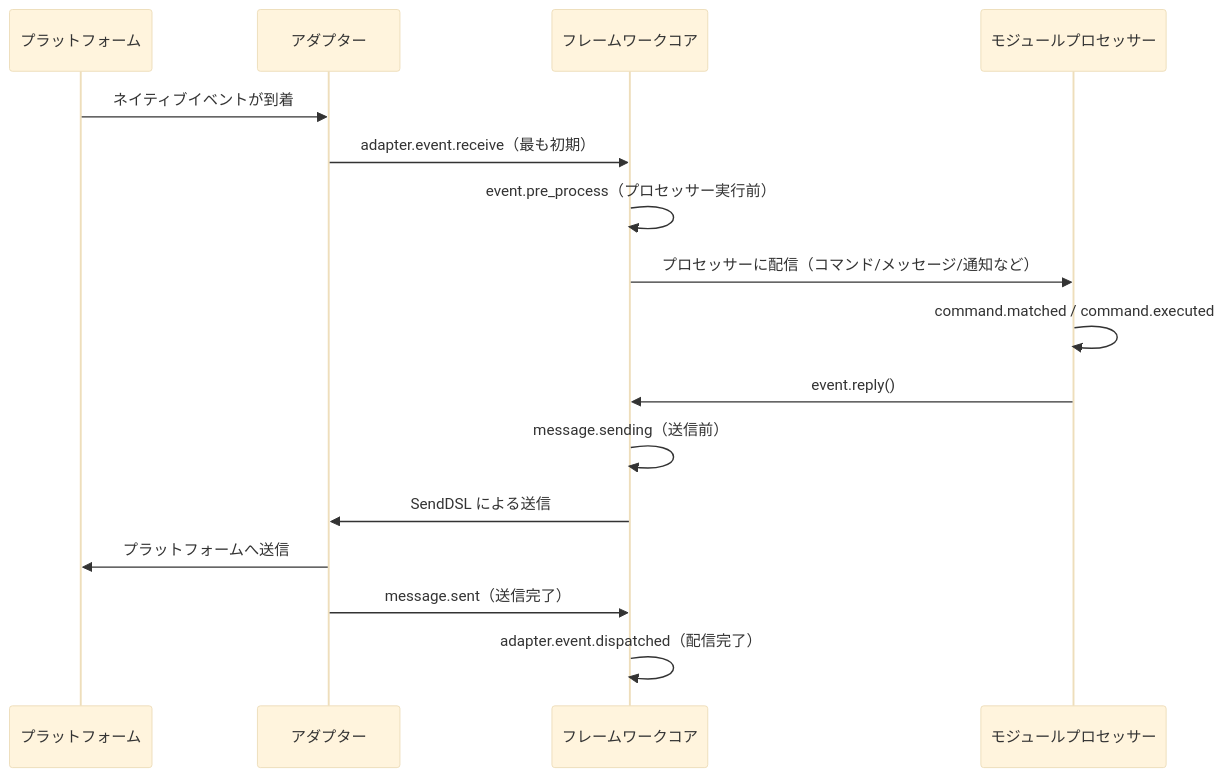
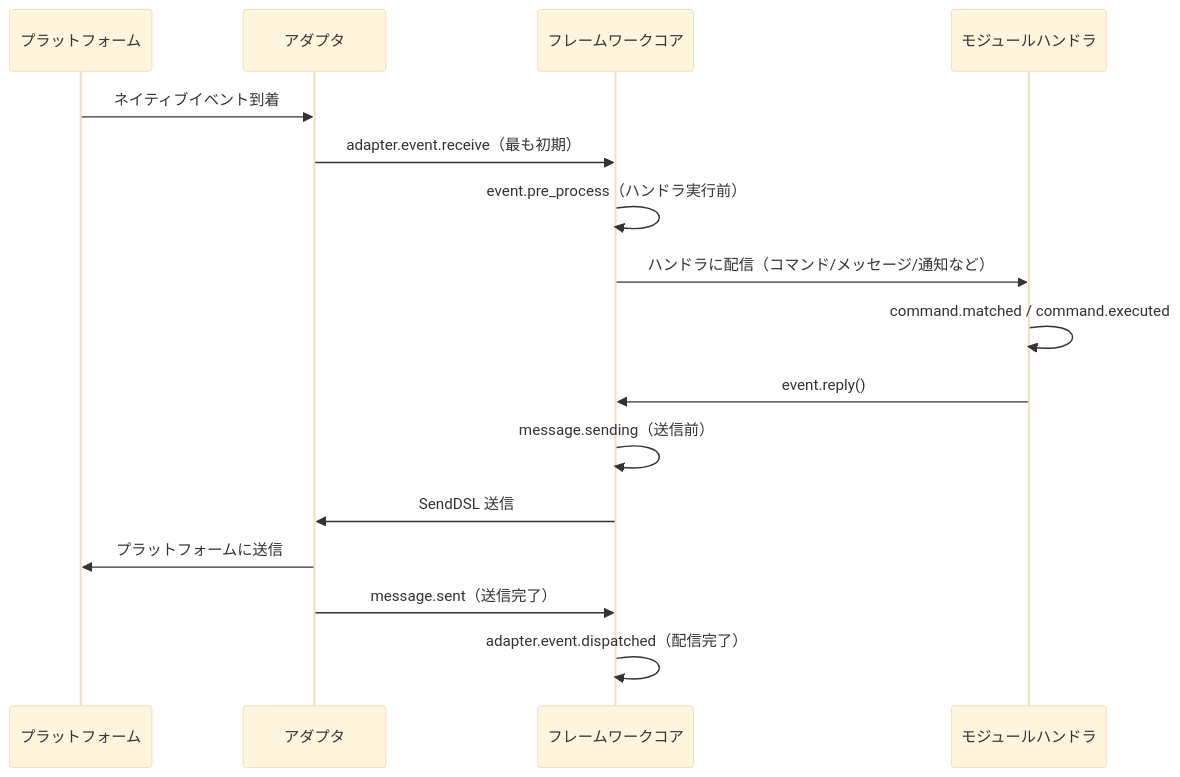
Before and after one commit to ErisPulse/ErisPulse: the diagram in docs/ja/advanced/lifecycle.md, drawn with Mermaid (base theme). The commit also changed other lines of this file and 75 other files, not shown here.

````diff
--- a/docs/ja/advanced/lifecycle.md
+++ b/docs/ja/advanced/lifecycle.md
@@ -93,19 +118,19 @@
 ```mermaid
 sequenceDiagram
     participant P as プラットフォーム
-    participant A as アダプター
+    participant A as アダプタ
     participant F as フレームワークコア
-    participant M as モジュールプロセッサー
+    participant M as モジュールハンドラ
 
-    P->>A: ネイティブイベントが到着
+    P->>A: ネイティブイベント到着
     A->>F: adapter.event.receive（最も初期）
-    F->>F: event.pre_process（プロセッサー実行前）
-    F->>M: プロセッサーに配信（コマンド/メッセージ/通知など）
+    F->>F: event.pre_process（ハンドラ実行前）
+    F->>M: ハンドラに配信（コマンド/メッセージ/通知など）
     M->>M: command.matched / command.executed
     M->>F: event.reply()
     F->>F: message.sending（送信前）
-    F->>A: SendDSL による送信
-    A->>P: プラットフォームへ送信
+    F->>A: SendDSL 送信
+    A->>P: プラットフォームに送信
     A->>F: message.sent（送信完了）
     F->>F: adapter.event.dispatched（配信完了）
 ```
````
